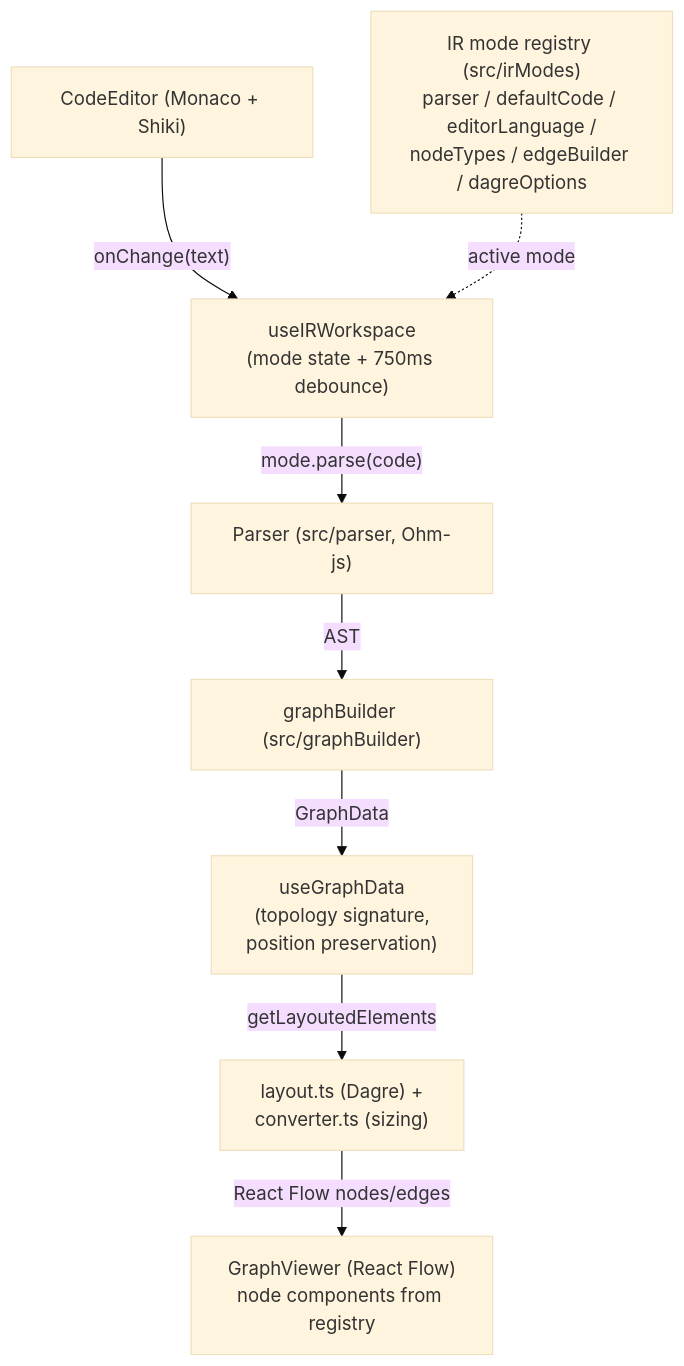
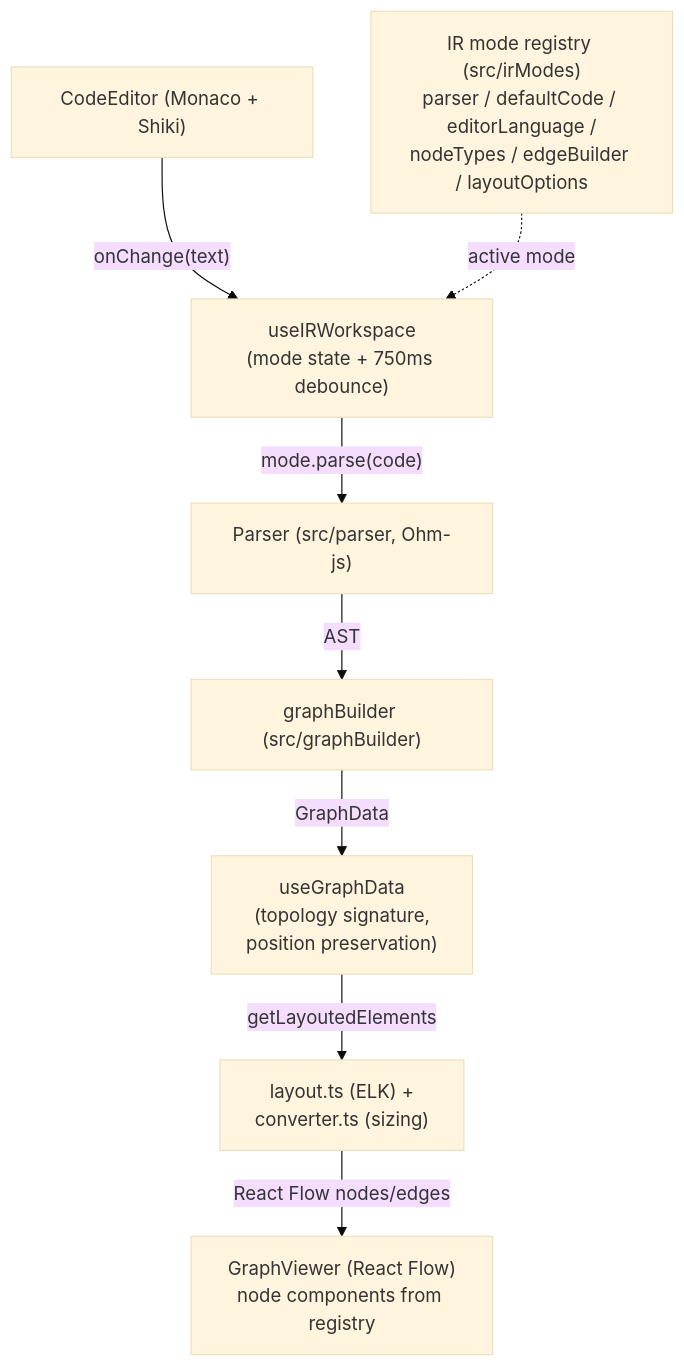
Before and after one commit to himadajin/ir-visualizer: the diagram in docs/internal/architecture.md, drawn with Mermaid (base theme). The commit also changed other lines of this file and 34 other files, not shown here.

First line of the commit message:
feat: ELK-routed edges and compact engineer-tool node design (#62)

````diff
--- a/docs/internal/architecture.md
+++ b/docs/internal/architecture.md
@@ -7,10 +7,10 @@
 ```mermaid
 flowchart TD
   Editor["CodeEditor (Monaco + Shiki)"] -->|"onChange(text)"| Workspace["useIRWorkspace<br/>(mode state + 750ms debounce)"]
-  Registry["IR mode registry (src/irModes)<br/>parser / defaultCode / editorLanguage /<br/>nodeTypes / edgeBuilder / dagreOptions"] -.->|"active mode"| Workspace
+  Registry["IR mode registry (src/irModes)<br/>parser / defaultCode / editorLanguage /<br/>nodeTypes / edgeBuilder / layoutOptions"] -.->|"active mode"| Workspace
   Workspace -->|"mode.parse(code)"| Parser["Parser (src/parser, Ohm-js)"]
   Parser -->|AST| Builder["graphBuilder (src/graphBuilder)"]
   Builder -->|GraphData| GraphHook["useGraphData<br/>(topology signature,<br/>position preservation)"]
-  GraphHook -->|"getLayoutedElements"| Layout["layout.ts (Dagre) +<br/>converter.ts (sizing)"]
+  GraphHook -->|"getLayoutedElements"| Layout["layout.ts (ELK) +<br/>converter.ts (sizing)"]
   Layout -->|"React Flow nodes/edges"| Viewer["GraphViewer (React Flow)<br/>node components from registry"]
 ```
````
